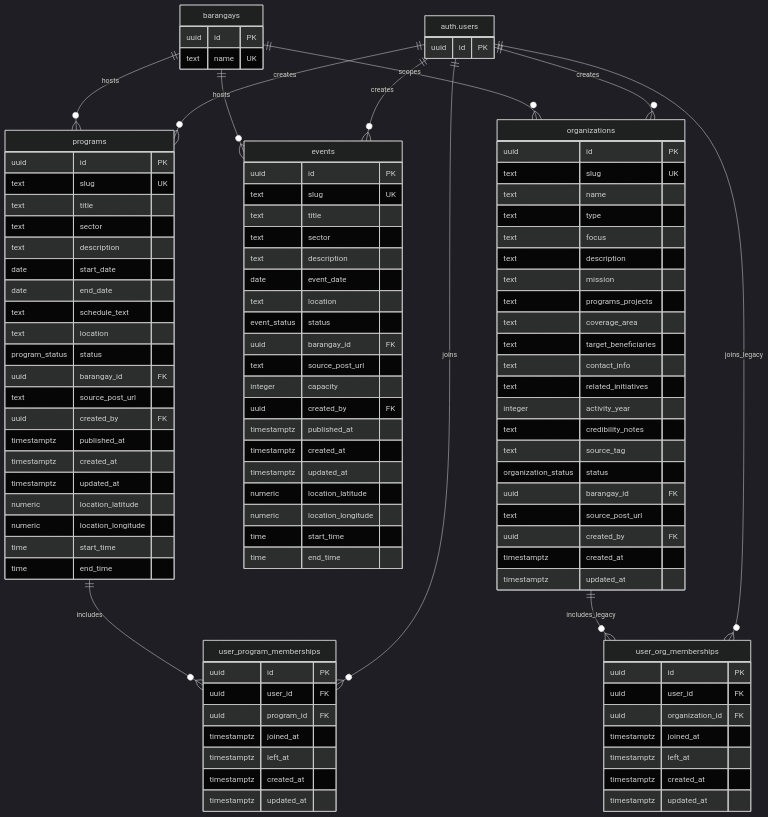
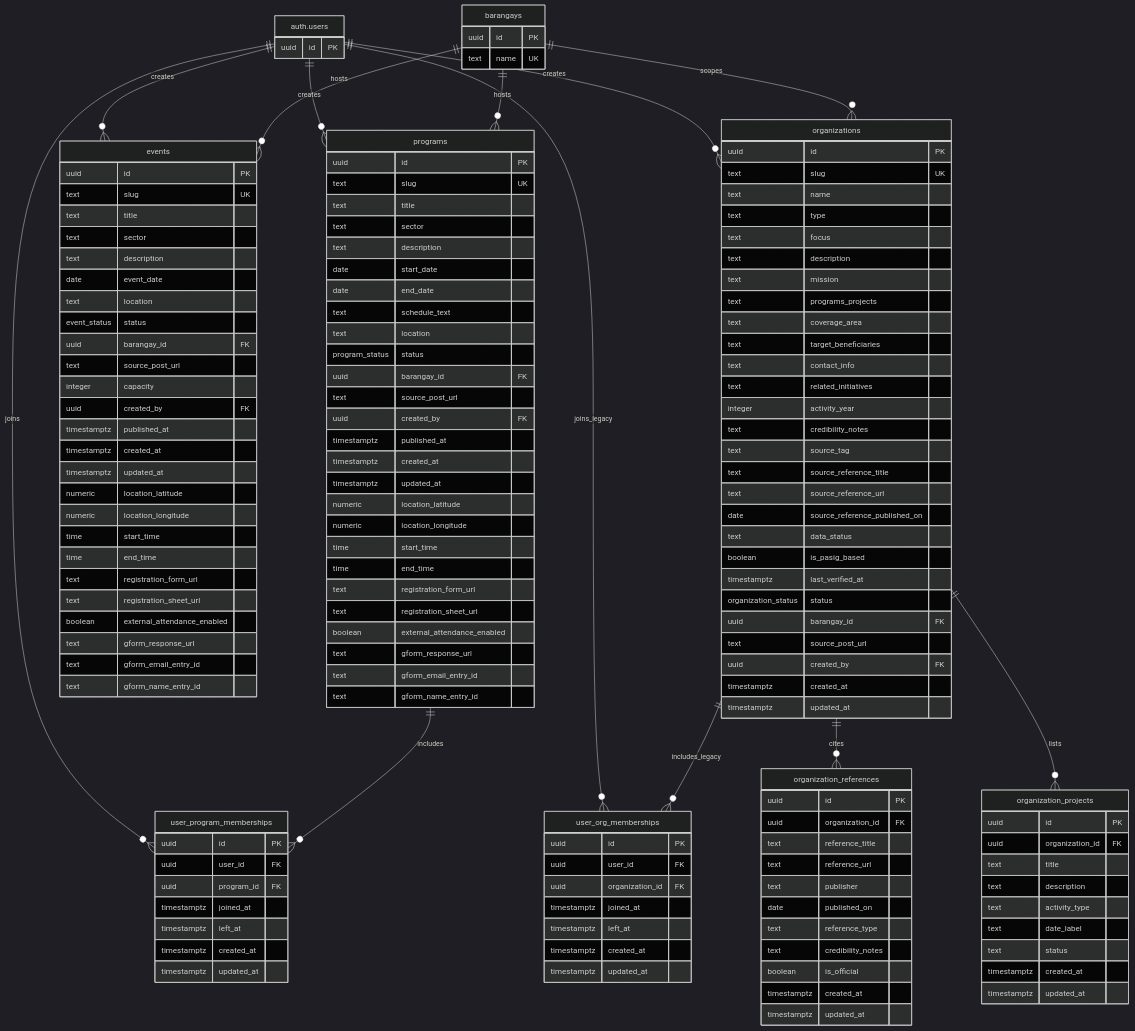
Before and after one commit to txiaoqt/lydo-connect-org-focused: the fourth of 9 diagrams in Methodology/3.2.4-Database-Schema.md, drawn with Mermaid (dark theme). The commit also changed other lines of this file and 24 other files, not shown here.

```diff
--- a/Methodology/3.2.4-Database-Schema.md
+++ b/Methodology/3.2.4-Database-Schema.md
@@ -418,6 +504,8 @@
     barangays ||--o{ organizations : scopes
     programs ||--o{ user_program_memberships : includes
     organizations ||--o{ user_org_memberships : includes_legacy
+    organizations ||--o{ organization_references : cites
+    organizations ||--o{ organization_projects : lists
 
     auth.users {
       uuid id PK
@@ -449,6 +537,12 @@
       numeric location_longitude
       time start_time
       time end_time
+      text registration_form_url
+      text registration_sheet_url
+      boolean external_attendance_enabled
+      text gform_response_url
+      text gform_email_entry_id
+      text gform_name_entry_id
     }
 
     events {
@@ -471,6 +565,12 @@
       numeric location_longitude
       time start_time
       time end_time
+      text registration_form_url
+      text registration_sheet_url
+      boolean external_attendance_enabled
+      text gform_response_url
+      text gform_email_entry_id
+      text gform_name_entry_id
     }
 
     organizations {
@@ -489,10 +589,42 @@
       integer activity_year
       text credibility_notes
       text source_tag
+      text source_reference_title
+      text source_reference_url
+      date source_reference_published_on
+      text data_status
+      boolean is_pasig_based
+      timestamptz last_verified_at
       organization_status status
       uuid barangay_id FK
       text source_post_url
       uuid created_by FK
+      timestamptz created_at
+      timestamptz updated_at
+    }
+
+    organization_references {
+      uuid id PK
+      uuid organization_id FK
+      text reference_title
+      text reference_url
+      text publisher
+      date published_on
+      text reference_type
+      text credibility_notes
+      boolean is_official
+      timestamptz created_at
+      timestamptz updated_at
+    }
+
+    organization_projects {
+      uuid id PK
+      uuid organization_id FK
+      text title
+      text description
+      text activity_type
+      text date_label
+      text status
       timestamptz created_at
       timestamptz updated_at
     }
```
